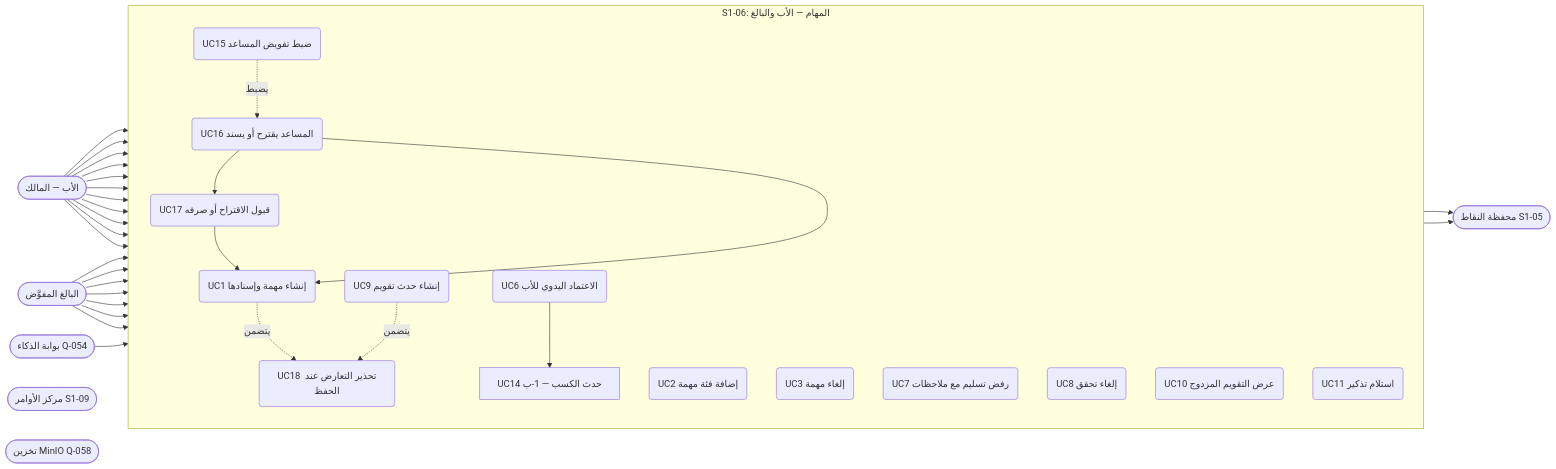
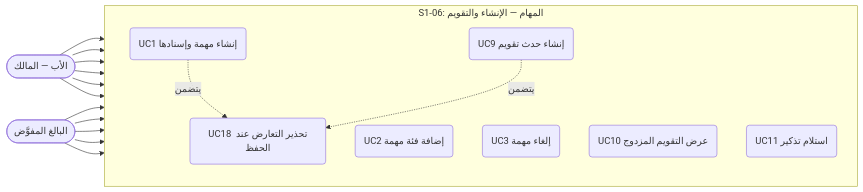
The first of 30 diagrams in docs/family-os/governance/phases/phase-1/S1-06-tasks-and-calendar/DIAGRAMS.md (Bassam-mohammed-alqaeadi/family-os-v2), drawn with Mermaid before and after one commit. The commit also changed other lines of this file, not shown here.

````diff
--- a/docs/family-os/governance/phases/phase-1/S1-06-tasks-and-calendar/DIAGRAMS.md
+++ b/docs/family-os/governance/phases/phase-1/S1-06-tasks-and-calendar/DIAGRAMS.md
@@ -17,56 +17,30 @@
 ```mermaid
 flowchart LR
     Father([الأب — المالك])
     Adult([البالغ المفوَّض])
-    AI([بوابة الذكاء Q-054])
-    S105([محفظة النقاط S1-05])
-    S109([مركز الأوامر S1-09])
-    MinIO([تخزين MinIO Q-058])
 
-    subgraph S106a [S1-06: المهام — الأب والبالغ]
+    subgraph S106a [S1-06: المهام — الإنشاء والتقويم]
         direction TB
         UC1(UC1 إنشاء مهمة وإسنادها)
         UC2(UC2 إضافة فئة مهمة)
         UC3(UC3 إلغاء مهمة)
-        UC6(UC6 الاعتماد اليدوي للأب)
-        UC7(UC7 رفض تسليم مع ملاحظات)
-        UC8(UC8 إلغاء تحقق)
         UC9(UC9 إنشاء حدث تقويم)
         UC10(UC10 عرض التقويم المزدوج)
         UC11(UC11 استلام تذكير)
-        UC15(UC15 ضبط تفويض المساعد)
-        UC16(UC16 المساعد يقترح أو يسند)
-        UC17(UC17 قبول الاقتراح أو صرفه)
         UC18(UC18 تحذير التعارض عند الحفظ)
-        UC14x["UC14 حدث الكسب — 1-ب"]
     end
 
     Father --> UC1
     Father --> UC2
     Father --> UC3
-    Father --> UC6
-    Father --> UC7
-    Father --> UC8
     Father --> UC9
     Father --> UC10
     Father --> UC11
-    Father --> UC15
-    Father --> UC17
     Adult --> UC1
     Adult --> UC3
-    Adult --> UC6
     Adult --> UC9
     Adult --> UC10
     Adult --> UC11
-    Adult --> UC17
-    AI --> UC16
-    UC15 -.->|يضبط| UC16
-    UC16 --> UC17
-    UC17 --> UC1
-    UC16 --> UC1
     UC1 -.->|يتضمن| UC18
     UC9 -.->|يتضمن| UC18
-    UC6 --> UC14x
-    UC14x --> S105
-    UC8 --> S105
 ```
````
